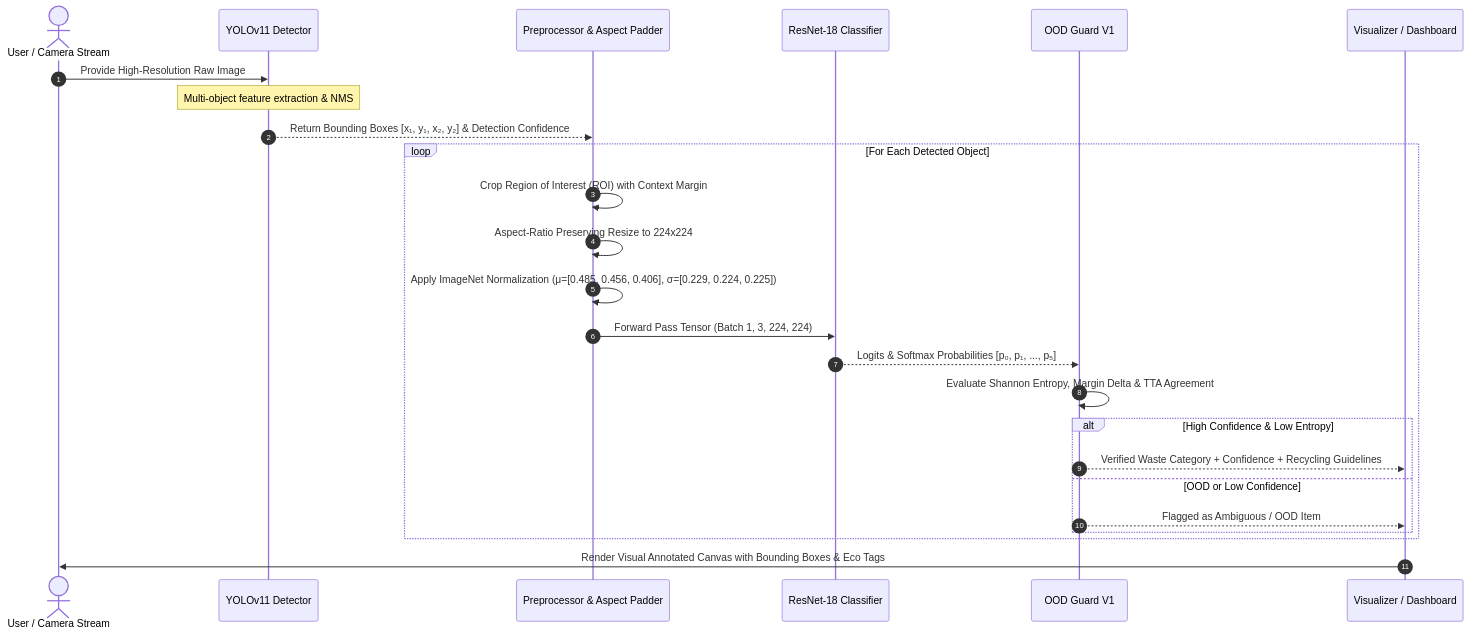
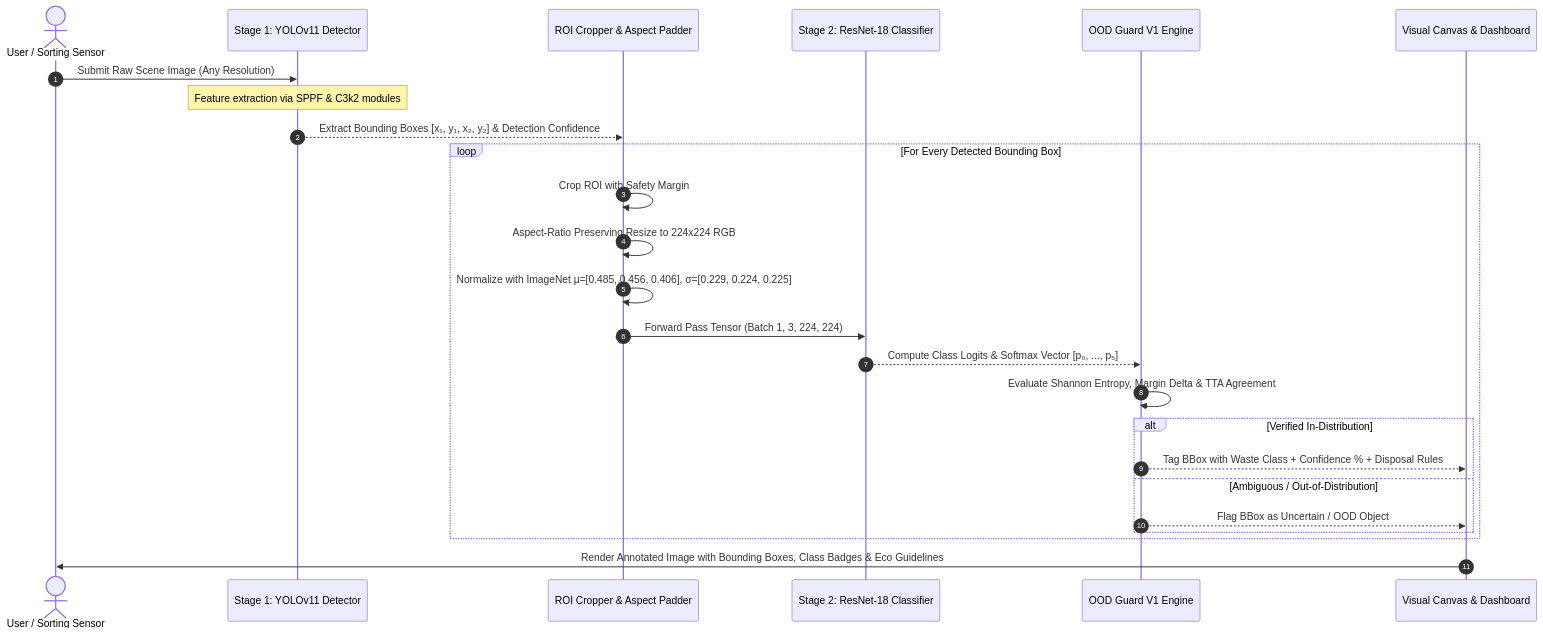
The second of 3 diagrams in ARCHITECTURE.md (Snigdha-0210/Smart_Waste_Classifier), drawn with Mermaid before and after one commit. The commit also changed other lines of this file and 22 other files, not shown here.

Commit message:
docs: overhaul README and ARCHITECTURE with Mermaid diagrams, visual asset showcase, and benchmark tables

````diff
--- a/ARCHITECTURE.md
+++ b/ARCHITECTURE.md
@@ -104,30 +122,30 @@
 ```mermaid
 sequenceDiagram
     autonumber
-    actor User as User / Camera Stream
-    participant YOLO as YOLOv11 Detector
-    participant Pre as Preprocessor & Aspect Padder
-    participant ResNet as ResNet-18 Classifier
-    participant OOD as OOD Guard V1
-    participant UI as Visualizer / Dashboard
+    actor User as User / Sorting Sensor
+    participant YOLO as Stage 1: YOLOv11 Detector
+    participant Pre as ROI Cropper & Aspect Padder
+    participant ResNet as Stage 2: ResNet-18 Classifier
+    participant OOD as OOD Guard V1 Engine
+    participant UI as Visual Canvas & Dashboard
 
-    User->>YOLO: Provide High-Resolution Raw Image
-    Note over YOLO: Multi-object feature extraction & NMS
-    YOLO-->>Pre: Return Bounding Boxes [x₁, y₁, x₂, y₂] & Detection Confidence
+    User->>YOLO: Submit Raw Scene Image (Any Resolution)
+    Note over YOLO: Feature extraction via SPPF & C3k2 modules
+    YOLO-->>Pre: Extract Bounding Boxes [x₁, y₁, x₂, y₂] & Detection Confidence
     
-    loop For Each Detected Object
-        Pre->>Pre: Crop Region of Interest (ROI) with Context Margin
-        Pre->>Pre: Aspect-Ratio Preserving Resize to 224x224
-        Pre->>Pre: Apply ImageNet Normalization (μ=[0.485, 0.456, 0.406], σ=[0.229, 0.224, 0.225])
+    loop For Every Detected Bounding Box
+        Pre->>Pre: Crop ROI with Safety Margin
+        Pre->>Pre: Aspect-Ratio Preserving Resize to 224x224 RGB
+        Pre->>Pre: Normalize with ImageNet μ=[0.485, 0.456, 0.406], σ=[0.229, 0.224, 0.225]
         Pre->>ResNet: Forward Pass Tensor (Batch 1, 3, 224, 224)
-        ResNet-->>OOD: Logits & Softmax Probabilities [p₀, p₁, ..., p₅]
+        ResNet-->>OOD: Compute Class Logits & Softmax Vector [p₀, ..., p₅]
         OOD->>OOD: Evaluate Shannon Entropy, Margin Delta & TTA Agreement
-        alt High Confidence & Low Entropy
-            OOD-->>UI: Verified Waste Category + Confidence + Recycling Guidelines
-        else OOD or Low Confidence
-            OOD-->>UI: Flagged as Ambiguous / OOD Item
+        alt Verified In-Distribution
+            OOD-->>UI: Tag BBox with Waste Class + Confidence % + Disposal Rules
+        else Ambiguous / Out-of-Distribution
+            OOD-->>UI: Flag BBox as Uncertain / OOD Object
         end
     end
-
-    UI->>User: Render Visual Annotated Canvas with Bounding Boxes & Eco Tags
+    
+    UI->>User: Render Annotated Image with Bounding Boxes, Class Badges & Eco Guidelines
 ```
````
